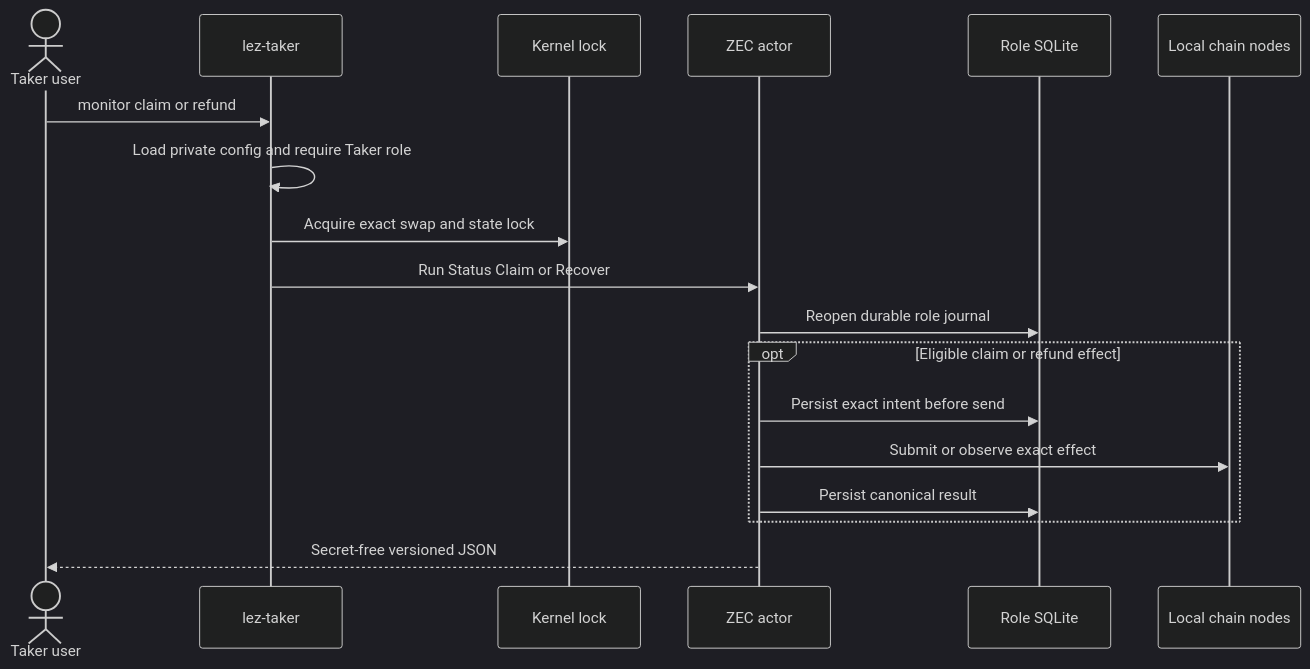
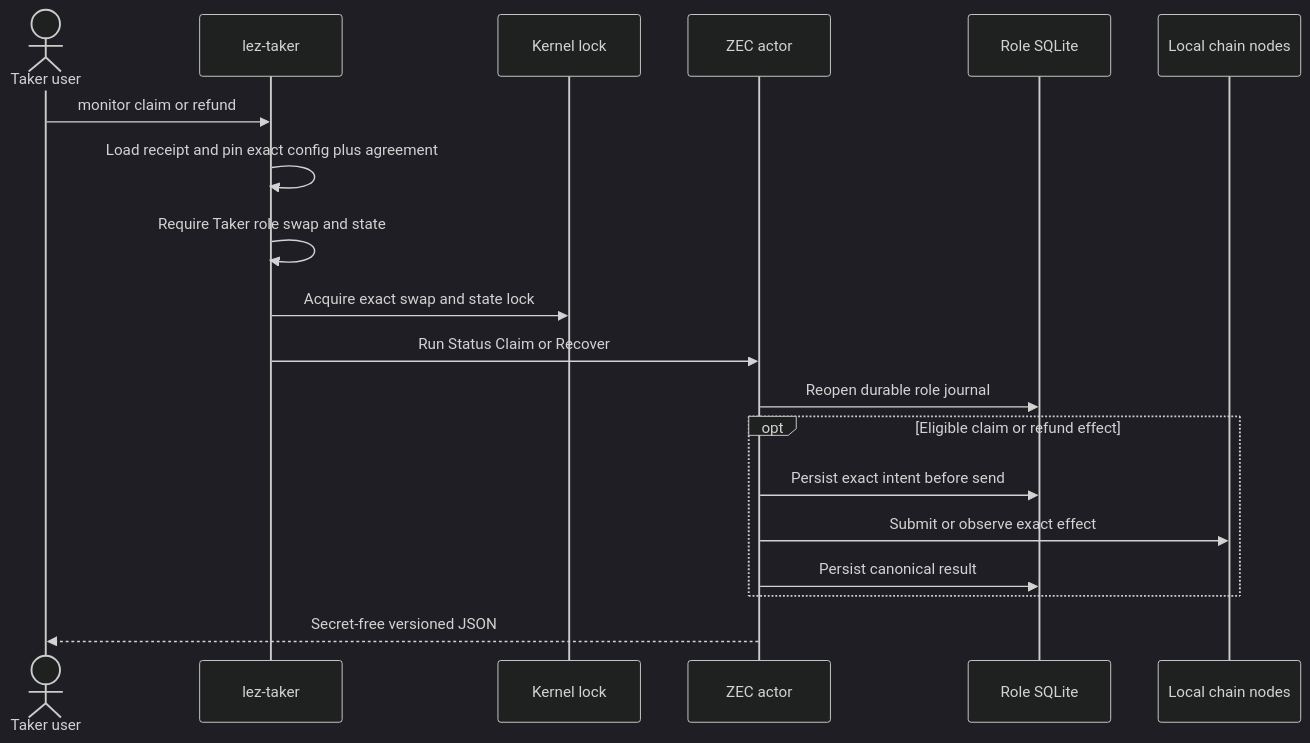
One commit to gateway-fm/lez-atomic-swaps changed the seventh of 7 diagrams in docs/manual-user-flows.md. Above: the diagram before and after it, drawn with Mermaid (dark theme). The commit also changed other lines of this file and 13 other files, not shown here.

````diff
--- a/docs/manual-user-flows.md
+++ b/docs/manual-user-flows.md
@@ -5045,21 +5054,22 @@
 ```mermaid
 sequenceDiagram
     actor U as Taker user
     participant C as lez-taker
     participant L as Kernel lock
     participant A as ZEC actor
     participant D as Role SQLite
     participant N as Local chain nodes
 
     U->>C: monitor claim or refund
-    C->>C: Load private config and require Taker role
+    C->>C: Load receipt and pin exact config plus agreement
+    C->>C: Require Taker role swap and state
     C->>L: Acquire exact swap and state lock
     C->>A: Run Status Claim or Recover
     A->>D: Reopen durable role journal
     opt Eligible claim or refund effect
         A->>D: Persist exact intent before send
         A->>N: Submit or observe exact effect
         A->>D: Persist canonical result
     end
     A-->>U: Secret-free versioned JSON
 ```
````
